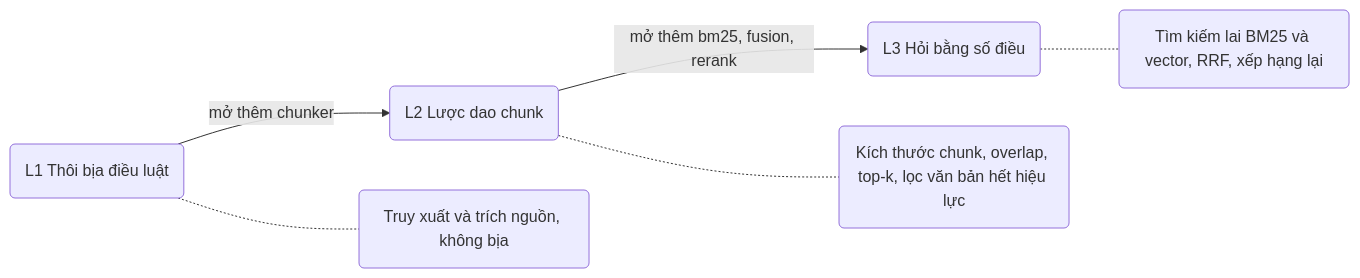
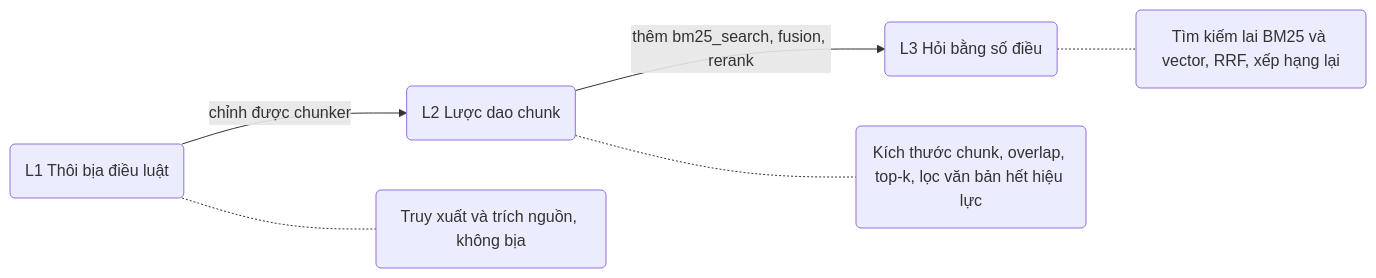
One commit to Tai-TZ/v-game changed the second of 5 diagrams in README.md. Above: the diagram before and after it, drawn with Mermaid. The commit also changed other lines of this file, not shown here.

````diff
--- a/README.md
+++ b/README.md
@@ -62,8 +62,8 @@
 ```mermaid
 flowchart LR
-    L1("L1 Thôi bịa điều luật") -->|"mở thêm chunker"| L2("L2 Lược dao chunk")
-    L2 -->|"mở thêm bm25, fusion, rerank"| L3("L3 Hỏi bằng số điều")
+    L1("L1 Thôi bịa điều luật") -->|"chỉnh được chunker"| L2("L2 Lược dao chunk")
+    L2 -->|"thêm bm25_search, fusion, rerank"| L3("L3 Hỏi bằng số điều")
     L1 -.- C1("Truy xuất và trích nguồn, không bịa")
     L2 -.- C2("Kích thước chunk, overlap, top-k, lọc văn bản hết hiệu lực")
     L3 -.- C3("Tìm kiếm lai BM25 và vector, RRF, xếp hạng lại")
 ```
````
